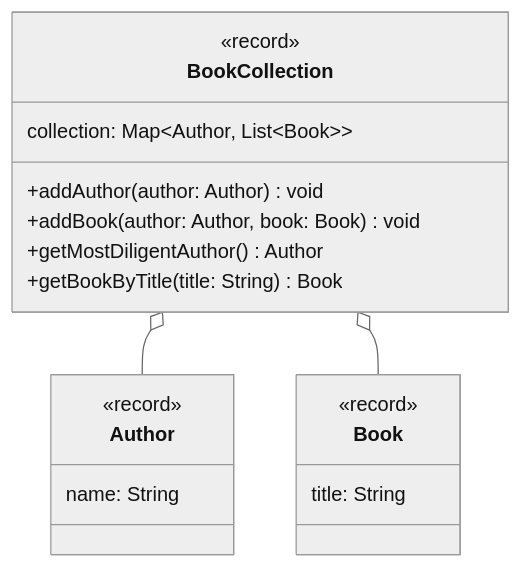
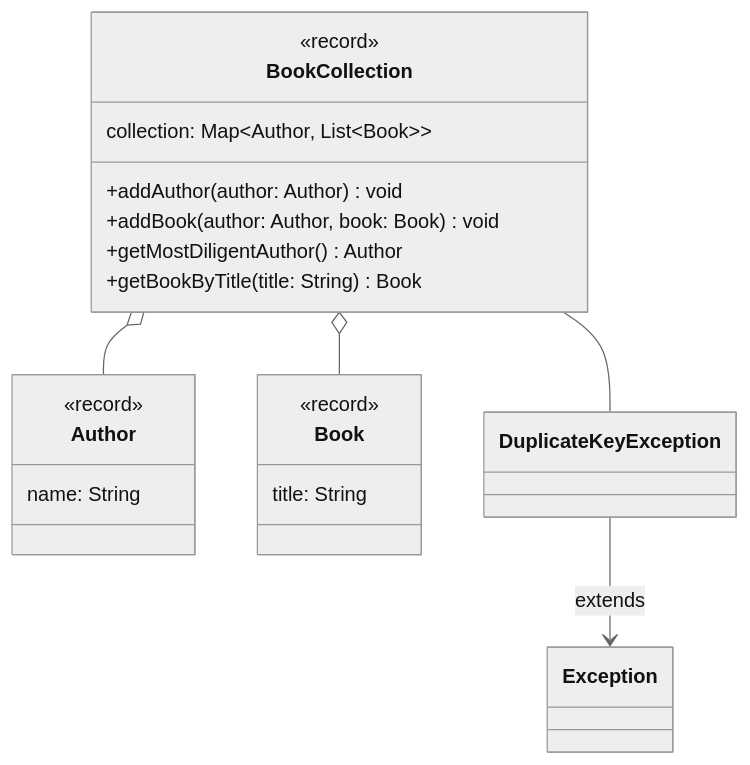
One commit to jappuccini/java-docs changed the diagram in docs/exercises/maps/maps02.mdx. Above: the diagram before and after it, drawn with Mermaid (neutral theme).

Commit message:
fix maps 02 soltuion

````diff
--- a/docs/exercises/maps/maps02.mdx
+++ b/docs/exercises/maps/maps02.mdx
@@ -16,24 +16,29 @@
 ```mermaid
 classDiagram
     BookCollection o-- Author
     BookCollection o-- Book
+    BookCollection -- DuplicateKeyException
+    DuplicateKeyException --> Exception : extends
 
     class Author {
         <<record>>
         name: String
     }
 
     class Book {
         <<record>>
         title: String
     }
 
     class BookCollection {
         <<record>>
         collection: Map~Author&sbquo; List~Book~~
         +addAuthor(author: Author) void
         +addBook(author: Author, book: Book) void
         +getMostDiligentAuthor() Author
         +getBookByTitle(title: String) Book
     }
+
+    class DuplicateKeyException { }
+    class Exception { }
 ```
````
